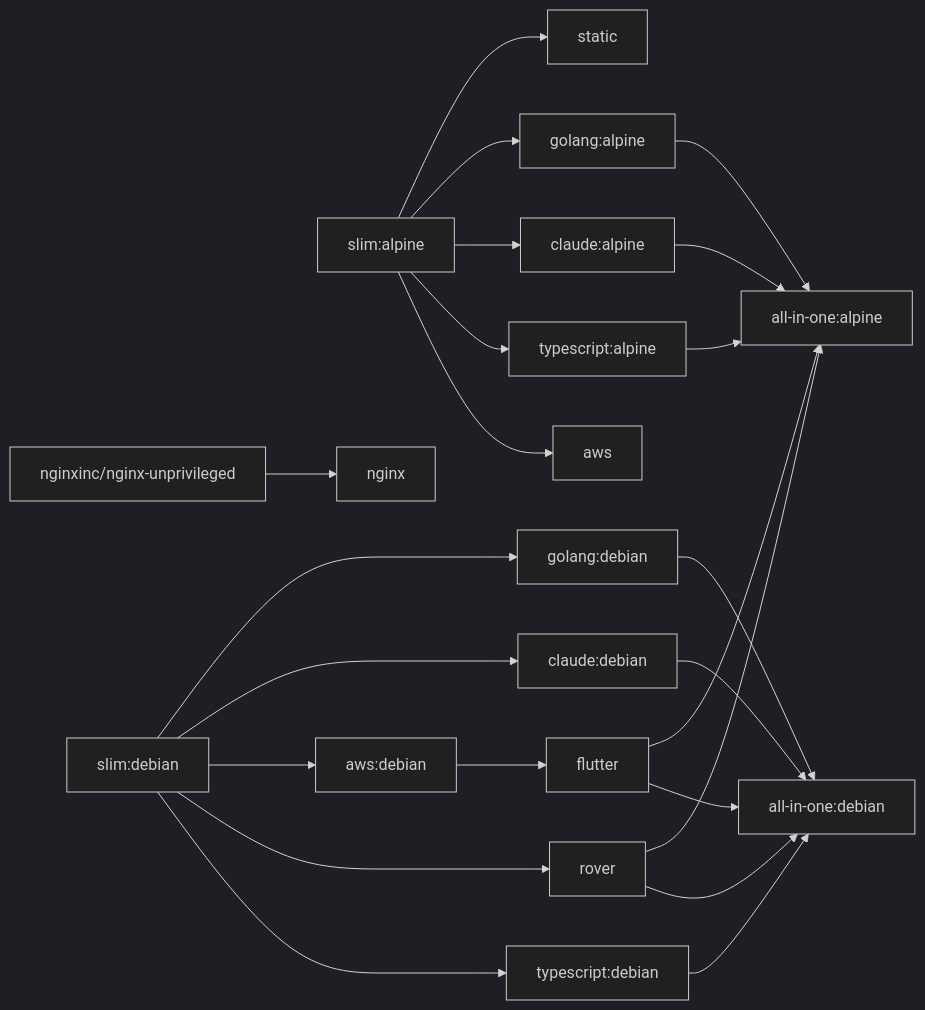
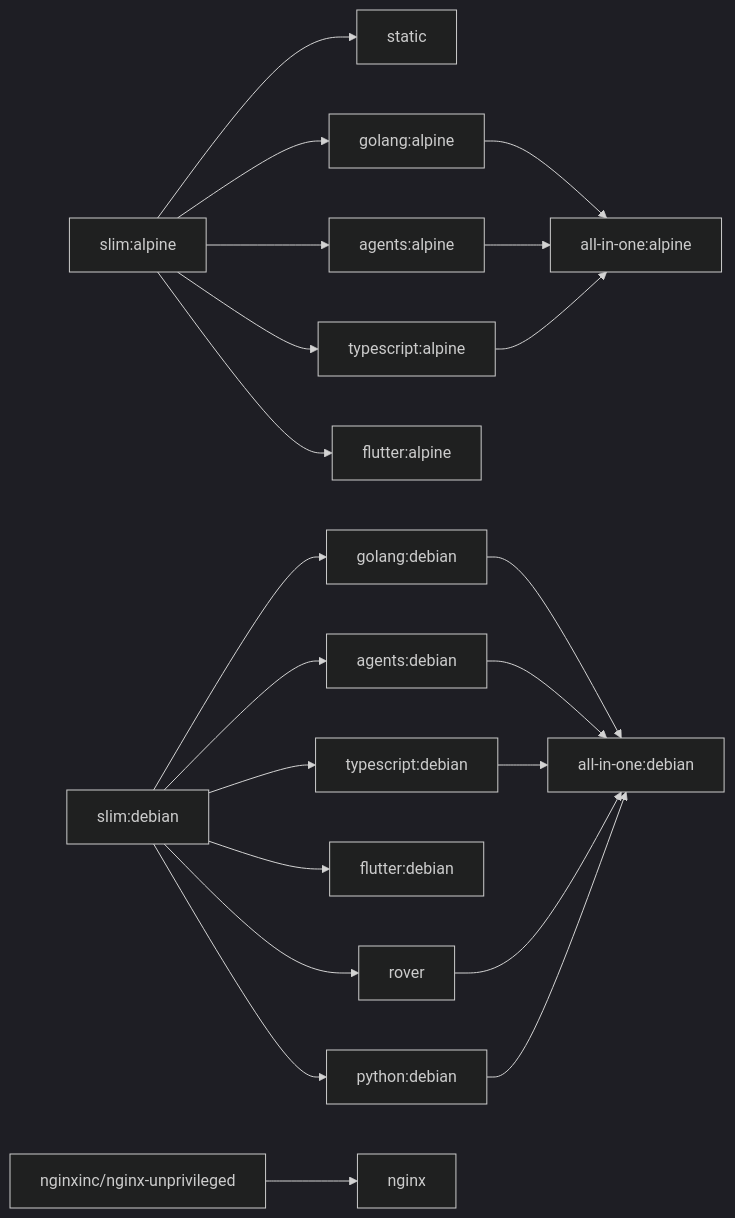
The diagram in README.md (pyck-ai/baseimages), drawn with Mermaid (dark theme) before and after one commit. The commit also changed other lines of this file and 2 other files, not shown here.

````diff
--- a/README.md
+++ b/README.md
@@ -28,33 +63,31 @@
 ```mermaid
 graph LR
   slim-alpine["slim:alpine"]
   slim-debian["slim:debian"]
   nginx-base["nginxinc/nginx-unprivileged"]
 
   slim-alpine --> static
   slim-alpine --> golang-alpine["golang:alpine"]
-  slim-alpine --> claude-alpine["claude:alpine"]
+  slim-alpine --> agents-alpine["agents:alpine"]
   slim-alpine --> typescript-alpine["typescript:alpine"]
-  slim-alpine --> aws
+  slim-alpine --> flutter-alpine["flutter:alpine"]
 
   slim-debian --> golang-debian["golang:debian"]
-  slim-debian --> claude-debian["claude:debian"]
-  slim-debian --> aws-debian["aws:debian"]
+  slim-debian --> agents-debian["agents:debian"]
+  slim-debian --> typescript-debian["typescript:debian"]
+  slim-debian --> flutter-debian["flutter:debian"]
+  slim-debian --> python-debian["python:debian"]
   slim-debian --> rover
-  slim-debian --> typescript-debian["typescript:debian"]
-  aws-debian --> flutter
 
   golang-alpine --> aio-alpine["all-in-one:alpine"]
-  claude-alpine  --> aio-alpine
+  agents-alpine --> aio-alpine
   typescript-alpine --> aio-alpine
-  flutter --> aio-alpine
-  rover   --> aio-alpine
 
   golang-debian --> aio-debian["all-in-one:debian"]
-  claude-debian  --> aio-debian
+  agents-debian --> aio-debian
   typescript-debian --> aio-debian
-  flutter --> aio-debian
-  rover   --> aio-debian
+  rover --> aio-debian
+  python-debian --> aio-debian
 
   nginx-base --> nginx
 ```
````
